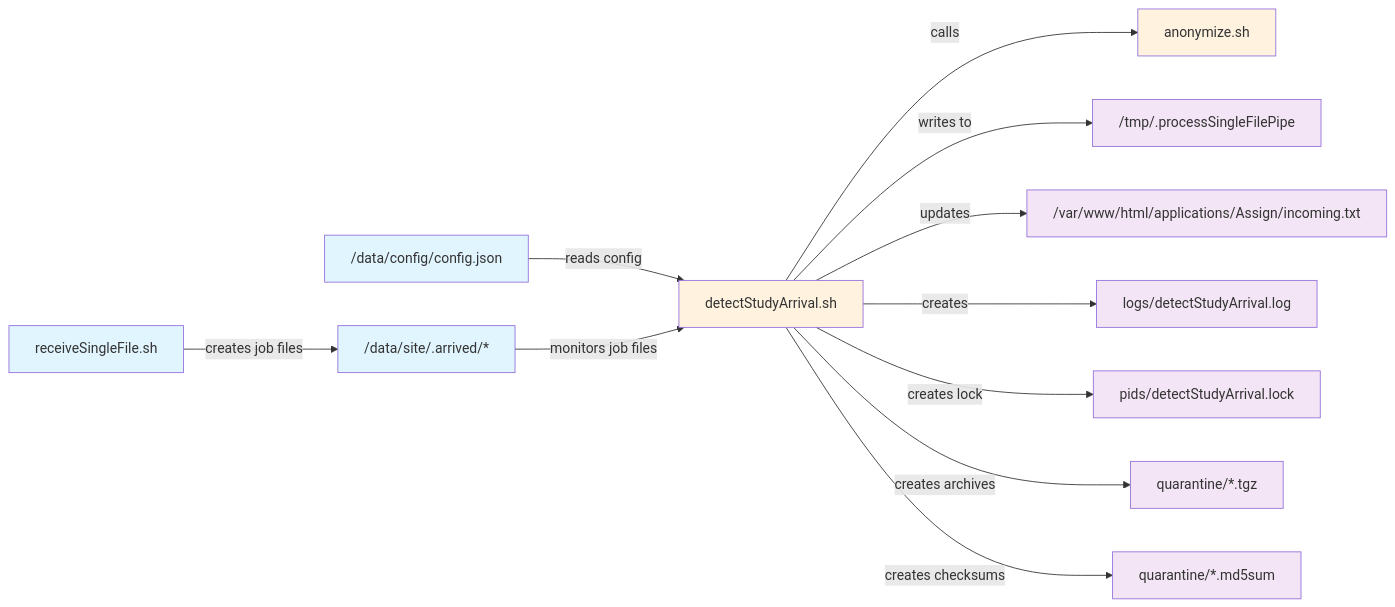
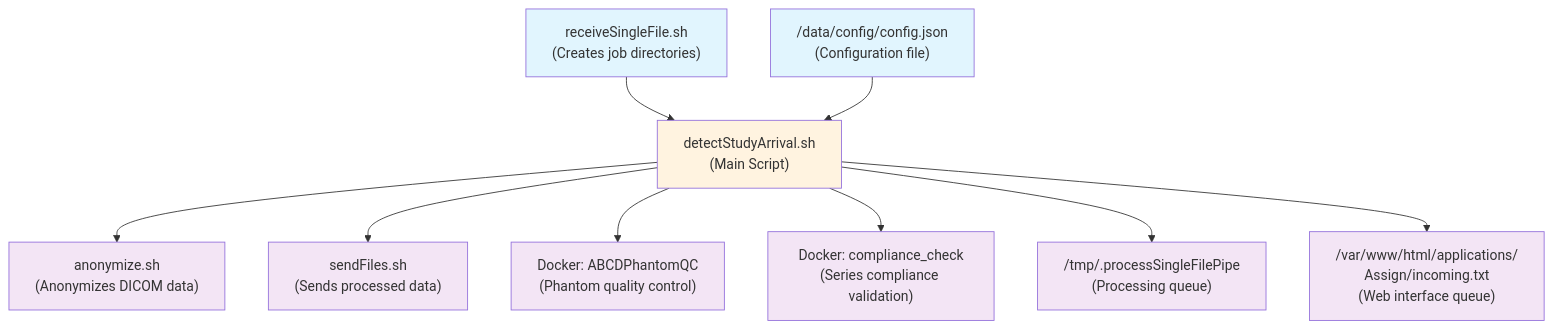
One commit to mmiv-center/FionaDocs changed the first of 2 diagrams in docs/source/Architecture/scripts/detectStudyArrival.rst. Above: the diagram before and after it, drawn with Mermaid. The commit also changed other lines of this file and 150 other files, not shown here.

```diff
--- a/docs/source/Architecture/scripts/detectStudyArrival.rst
+++ b/docs/source/Architecture/scripts/detectStudyArrival.rst
@@ -52,22 +9,20 @@
 .. mermaid::
 
-   flowchart LR
-   A["/data/config/config.json"] -->|"reads config"| B["detectStudyArrival.sh"]
-   C["/data/site/.arrived/*"] -->|"monitors job files"| B
-   D["receiveSingleFile.sh"] -->|"creates job files"| C
-   B -->|"calls"| E["anonymize.sh"]
-   B -->|"writes to"| F["/tmp/.processSingleFilePipe"]
-   B -->|"updates"| G["/var/www/html/applications/Assign/incoming.txt"]
-   B -->|"creates"| H["logs/detectStudyArrival.log"]
-   B -->|"creates lock"| I["pids/detectStudyArrival.lock"]
-   B -->|"creates archives"| J["quarantine/*.tgz"]
-   B -->|"creates checksums"| K["quarantine/*.md5sum"]
-
-   %% Styling
-   classDef inputFile fill:#e1f5fe
-   classDef outputFile fill:#f3e5f5
-   classDef mainScript fill:#fff3e0
-
-   class A,C,D inputFile
-   class F,G,H,I,J,K outputFile
-   class B,E mainScript
+   flowchart TD
+    B["receiveSingleFile.sh<br>(Creates job directories)"] --> A["detectStudyArrival.sh<br>(Main Script)"]
+    E["/data/config/config.json<br>(Configuration file)"] --> A
+    A --> C["anonymize.sh<br>(Anonymizes DICOM data)"]
+    A --> D["sendFiles.sh<br>(Sends processed data)"]
+    A --> F["Docker: ABCDPhantomQC<br>(Phantom quality control)"]
+    A --> G["Docker: compliance_check<br>(Series compliance validation)"]
+    A --> H["/tmp/.processSingleFilePipe<br>(Processing queue)"]
+    A --> I["/var/www/html/applications/<br>Assign/incoming.txt<br>(Web interface queue)"]
+    
+    %% Styling
+    classDef inputFile fill:#e1f5fe
+    classDef outputFile fill:#f3e5f5
+    classDef mainScript fill:#fff3e0
+    
+    class A mainScript
+    class B,E inputFile
+    class C,D,F,G,H,I outputFile
```
